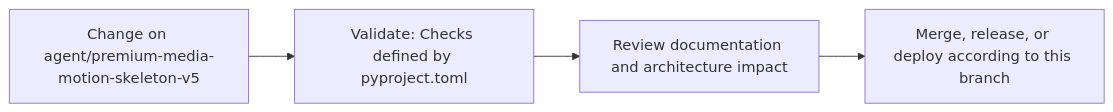
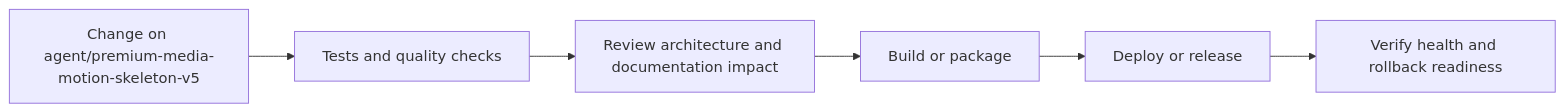
One commit to Nischhalsubba/HajiriFlow changed the seventh of 8 diagrams in README.md. Above: the diagram before and after it, drawn with Mermaid. The commit also changed other lines of this file, not shown here.

````diff
--- a/README.md
+++ b/README.md
@@ -67,8 +195,8 @@
 ```mermaid
 flowchart LR
-    CHANGE["Change on agent/premium-media-motion-skeleton-v5"]
-    CHECK["Validate: Checks defined by pyproject.toml"]
-    REVIEW["Review documentation and architecture impact"]
-    RELEASE["Merge, release, or deploy according to this branch"]
-    CHANGE --> CHECK --> REVIEW --> RELEASE
+    CHANGE["Change on agent/premium-media-motion-skeleton-v5"] --> CHECK["Tests and quality checks"]
+    CHECK --> REVIEW["Review architecture and documentation impact"]
+    REVIEW --> BUILD["Build or package"]
+    BUILD --> DEPLOY["Deploy or release"]
+    DEPLOY --> VERIFY["Verify health and rollback readiness"]
 ```
````
